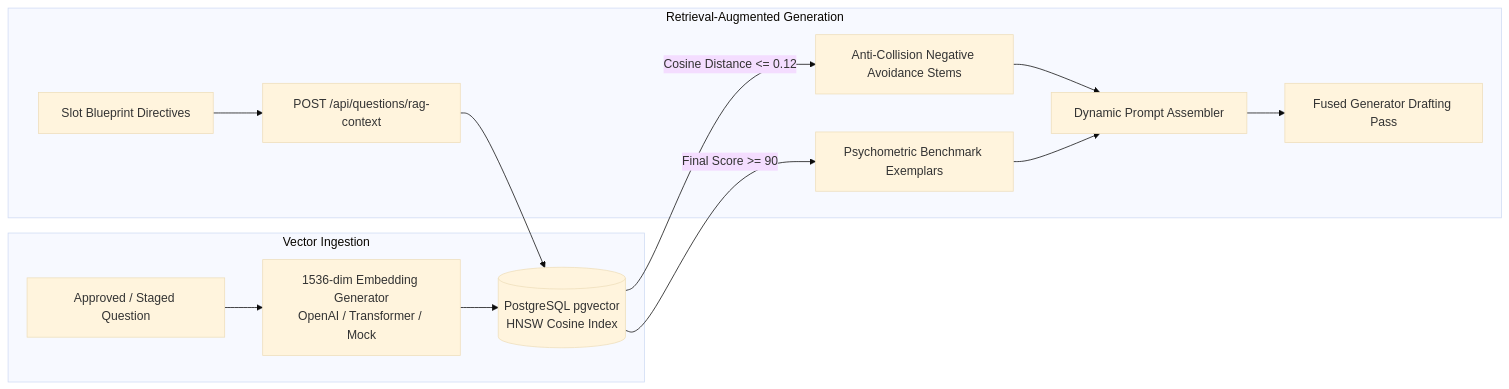
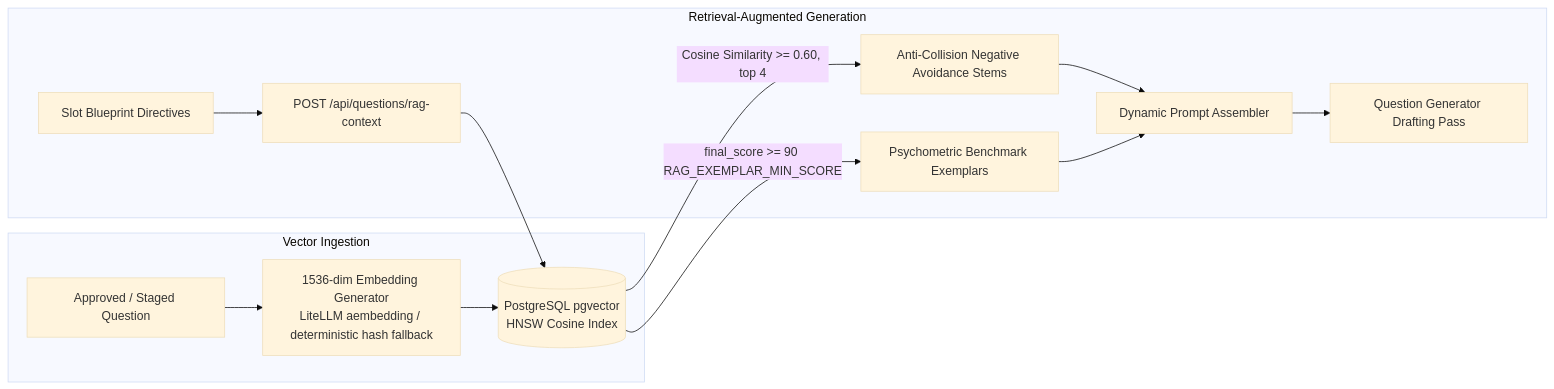
One commit to VishwamPatel-Infynno/Question-Bank-Generator changed the third of 15 diagrams in docs/ARCHITECTURE.md. Above: the diagram before and after it, drawn with Mermaid (base theme). The commit also changed other lines of this file and 24 other files, not shown here.

Commit message:
docs: comprehensive documentation synchronization, architecture alignment, and glossary addition

````diff
--- a/docs/ARCHITECTURE.md
+++ b/docs/ARCHITECTURE.md
@@ -89,17 +94,17 @@
 ```mermaid
 flowchart LR
     subgraph "Vector Ingestion"
-        QItem[Approved / Staged Question] --> EmbedGen[1536-dim Embedding Generator<br>OpenAI / Transformer / Mock]
+        QItem[Approved / Staged Question] --> EmbedGen[1536-dim Embedding Generator<br>LiteLLM aembedding / deterministic hash fallback]
         EmbedGen --> PGVector[(PostgreSQL pgvector<br>HNSW Cosine Index)]
     end
 
     subgraph "Retrieval-Augmented Generation"
         DraftPrompt[Slot Blueprint Directives] --> RAGQuery[POST /api/questions/rag-context]
         RAGQuery --> PGVector
-        PGVector -->|Cosine Distance <= 0.12| Avoidance[Anti-Collision Negative Avoidance Stems]
-        PGVector -->|Final Score >= 90| Exemplars[Psychometric Benchmark Exemplars]
+        PGVector -->|Cosine Similarity >= 0.60, top 4| Avoidance[Anti-Collision Negative Avoidance Stems]
+        PGVector -->|final_score >= 90 RAG_EXEMPLAR_MIN_SCORE| Exemplars[Psychometric Benchmark Exemplars]
         Avoidance --> PromptAssembler[Dynamic Prompt Assembler]
         Exemplars --> PromptAssembler
-        PromptAssembler --> FusedDraft[Fused Generator Drafting Pass]
+        PromptAssembler --> FusedDraft[Question Generator Drafting Pass]
     end
 ```
````
